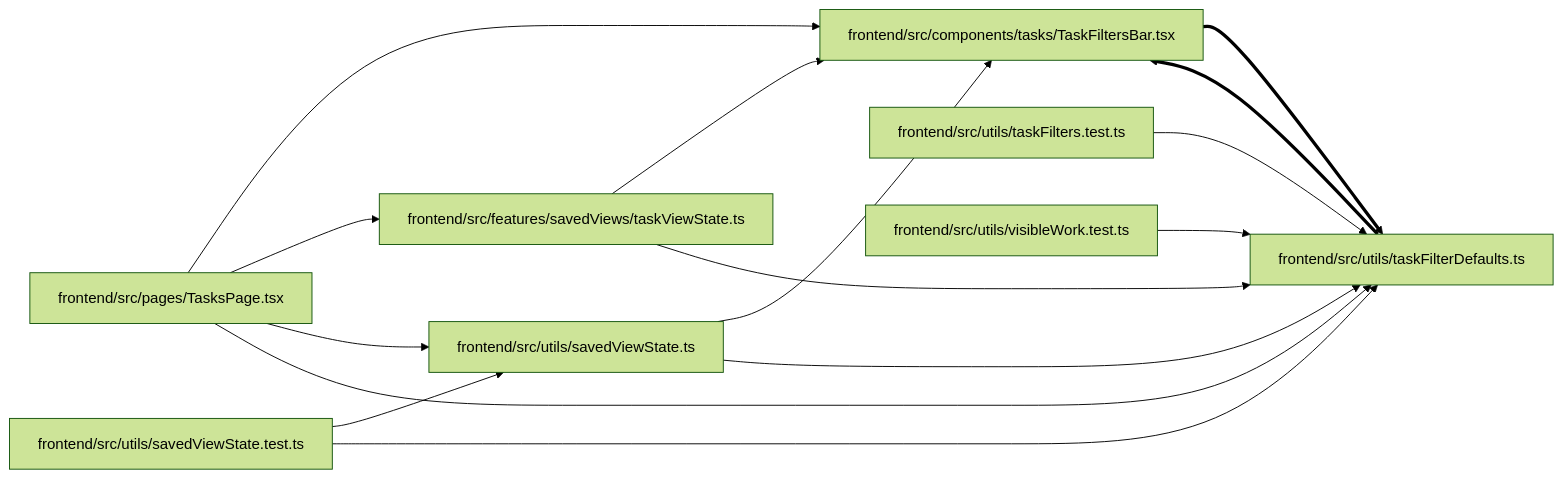
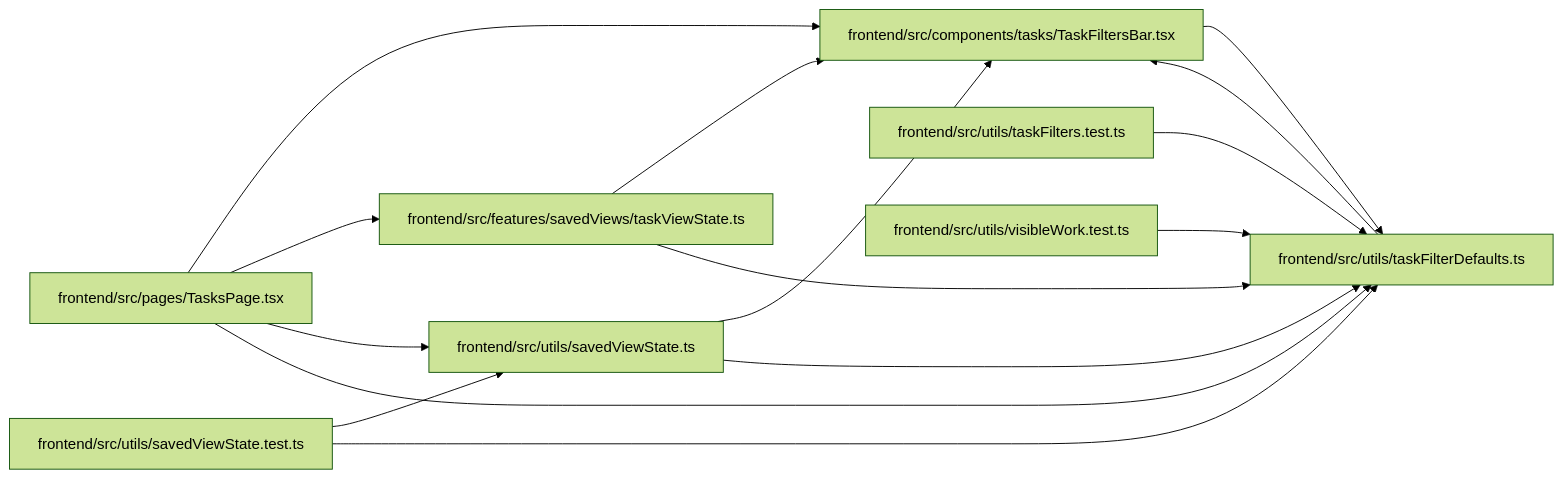
The diagram in docs/llm_wiki/modules/taskFilterDefaults.md (Denissvgn/WorkChord), drawn with Mermaid (forest theme) before and after one commit. The commit also changed other lines of this file and 25171 other files, not shown here.

````diff
--- a/docs/llm_wiki/modules/taskFilterDefaults.md
+++ b/docs/llm_wiki/modules/taskFilterDefaults.md
@@ -26,33 +27,33 @@
 ```mermaid
 flowchart LR
     n0["frontend/src/components/tasks/TaskFiltersBar.tsx"]
     n1["frontend/src/features/savedViews/taskViewState.ts"]
     n2["frontend/src/pages/TasksPage.tsx"]
     n3["frontend/src/utils/savedViewState.test.ts"]
     n4["frontend/src/utils/savedViewState.ts"]
     n5["frontend/src/utils/taskFilterDefaults.ts"]
     n6["frontend/src/utils/taskFilters.test.ts"]
     n7["frontend/src/utils/visibleWork.test.ts"]
-    n0 ==> n5
+    n0 --> n5
     n1 --> n0
     n1 --> n5
     n2 --> n0
     n2 --> n1
     n2 --> n4
     n2 --> n5
     n3 --> n4
     n3 --> n5
     n4 --> n0
     n4 --> n5
-    n5 ==> n0
+    n5 --> n0
     n6 --> n5
     n7 --> n5
     click n0 "../modules/TaskFiltersBar.md"
     click n1 "../modules/taskViewState.md"
     click n2 "../modules/TasksPage.md"
     click n3 "../modules/savedViewState.test.md"
     click n4 "../modules/savedViewState.md"
     click n5 "../modules/taskFilterDefaults.md"
     click n6 "../modules/taskFilters.test.md"
     click n7 "../modules/visibleWork.test.md"
 ```
````
